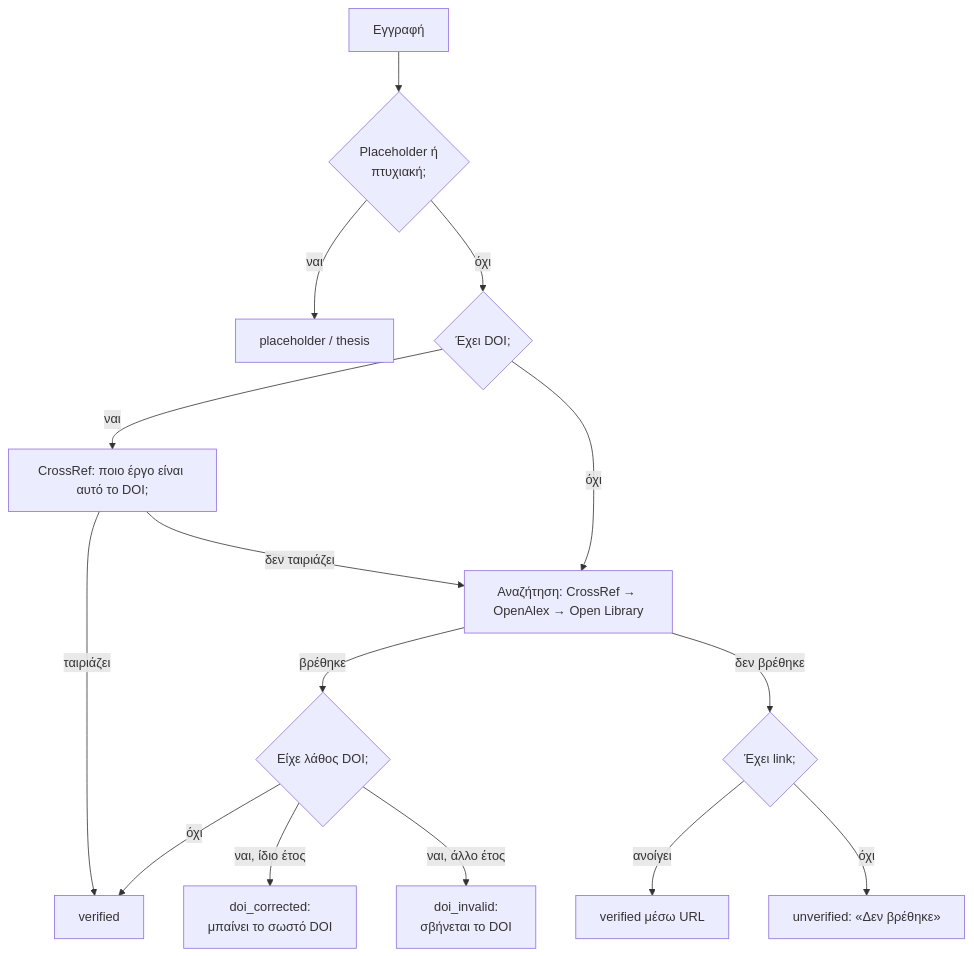
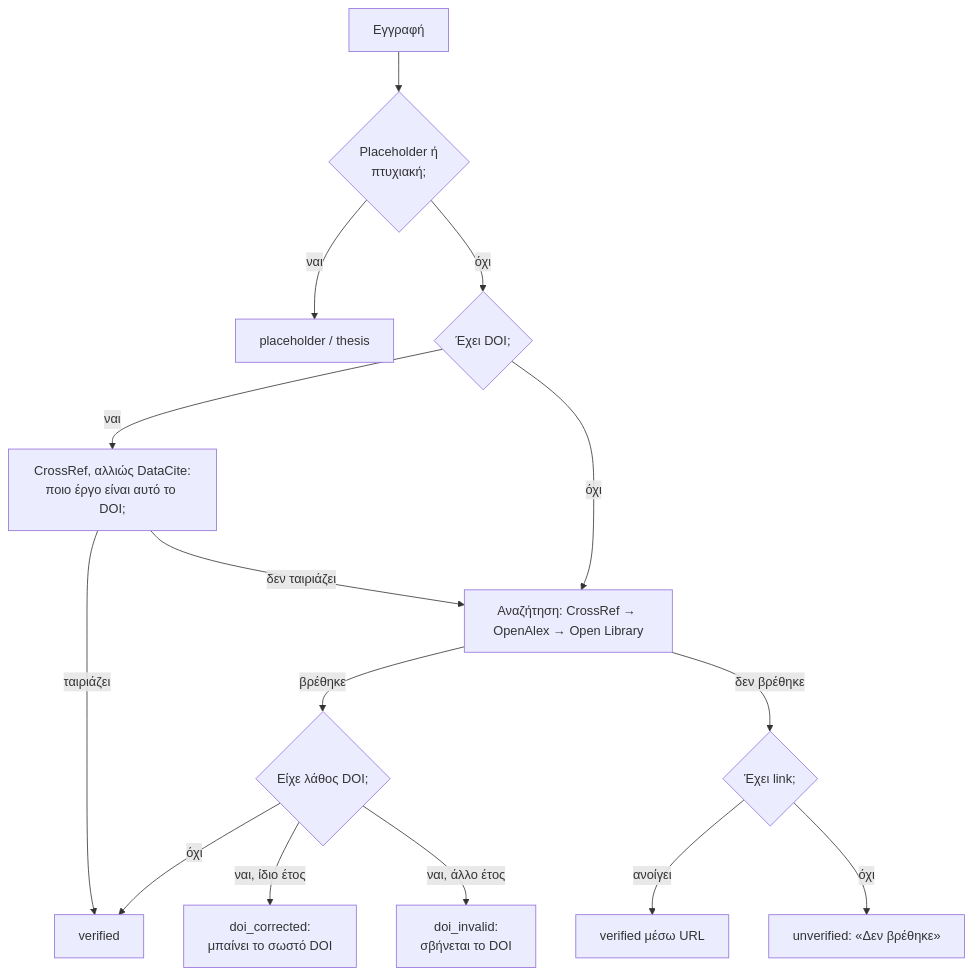
One commit to apopsiAI-Team/ai_content_creator changed the fifth of 5 diagrams in workflow_october_2026.md. Above: the diagram before and after it, drawn with Mermaid. The commit also changed other lines of this file, not shown here.

Commit message:
Workflow guide: Greek sources (suggest + integrate), DataCite verification

````diff
--- a/workflow_october_2026.md
+++ b/workflow_october_2026.md
@@ -282,17 +303,17 @@
 ```mermaid
 flowchart TD
     E[Εγγραφή] --> PH{Placeholder ή<br/>πτυχιακή;}
     PH -- ναι --> X1[placeholder / thesis]
     PH -- όχι --> DOI{Έχει DOI;}
-    DOI -- ναι --> CRD[CrossRef: ποιο έργο είναι αυτό το DOI;]
+    DOI -- ναι --> CRD[CrossRef, αλλιώς DataCite:<br/>ποιο έργο είναι αυτό το DOI;]
     CRD -- ταιριάζει --> OK[verified]
     CRD -- δεν ταιριάζει --> S
     DOI -- όχι --> S[Αναζήτηση: CrossRef → OpenAlex → Open Library]
     S -- βρέθηκε --> F{Είχε λάθος DOI;}
     F -- ναι, ίδιο έτος --> C[doi_corrected:<br/>μπαίνει το σωστό DOI]
     F -- ναι, άλλο έτος --> I[doi_invalid:<br/>σβήνεται το DOI]
     F -- όχι --> OK
     S -- δεν βρέθηκε --> U{Έχει link;}
     U -- ανοίγει --> OK2[verified μέσω URL]
     U -- όχι --> NF[unverified: «Δεν βρέθηκε»]
 ```
````
